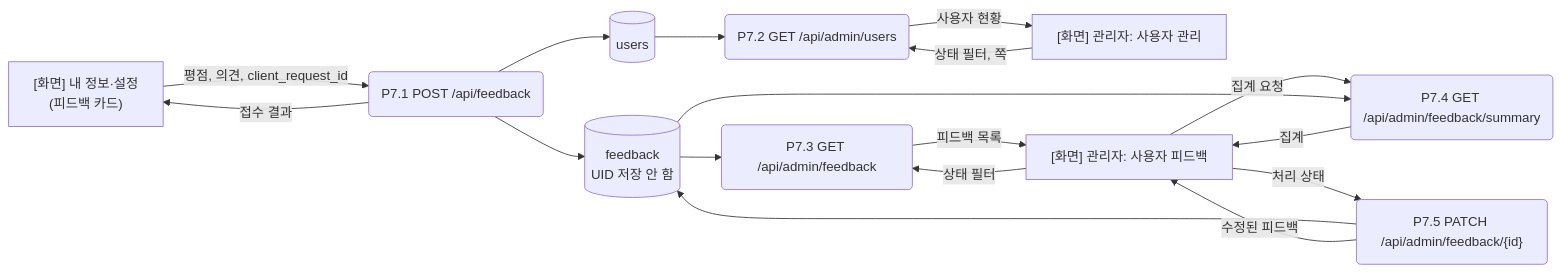
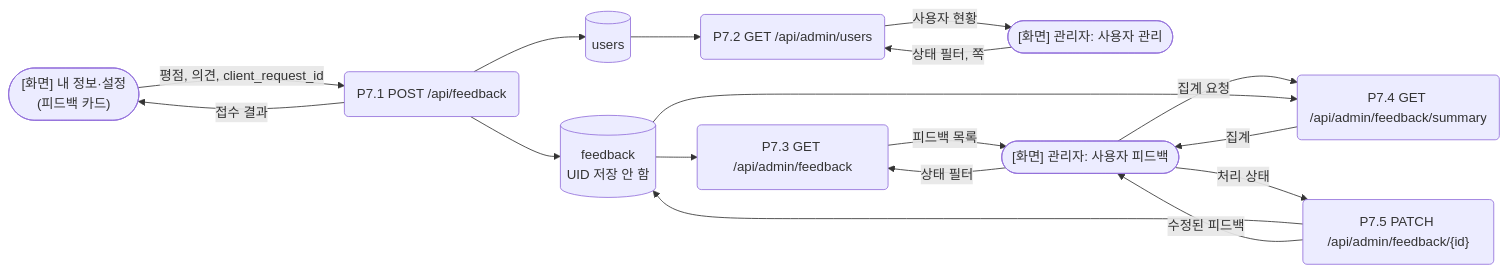
One commit to yong05610/ai-n-fprj changed the tenth of 12 diagrams in docs/architecture_dfd.md. Above: the diagram before and after it, drawn with Mermaid. The commit also changed other lines of this file, not shown here.

````diff
--- a/docs/architecture_dfd.md
+++ b/docs/architecture_dfd.md
@@ -401,30 +401,30 @@
 ```mermaid
 flowchart LR
-    S1["[화면] 내 정보·설정<br/>(피드백 카드)"]
-    S2["[화면] 관리자: 사용자 관리"]
-    S3["[화면] 관리자: 사용자 피드백"]
+    S1(["[화면] 내 정보·설정<br/>(피드백 카드)"])
+    S2(["[화면] 관리자: 사용자 관리"])
+    S3(["[화면] 관리자: 사용자 피드백"])
     P71("P7.1 POST /api/feedback")
     P72("P7.2 GET /api/admin/users")
     P73("P7.3 GET /api/admin/feedback")
     P74("P7.4 GET /api/admin/feedback/summary")
     P75("P7.5 PATCH /api/admin/feedback/{id}")
     DF[("feedback<br/>UID 저장 안 함")]
     DU[("users")]
 
     S1 -->|"평점, 의견, client_request_id"| P71
     P71 --> DF
     P71 --> DU
     P71 -->|"접수 결과"| S1
     S2 -->|"상태 필터, 쪽"| P72
     DU --> P72
     P72 -->|"사용자 현황"| S2
     S3 -->|"상태 필터"| P73
     DF --> P73
     P73 -->|"피드백 목록"| S3
     S3 -->|"집계 요청"| P74
     DF --> P74
     P74 -->|"집계"| S3
     S3 -->|"처리 상태"| P75
     P75 --> DF
     P75 -->|"수정된 피드백"| S3
 ```
````
